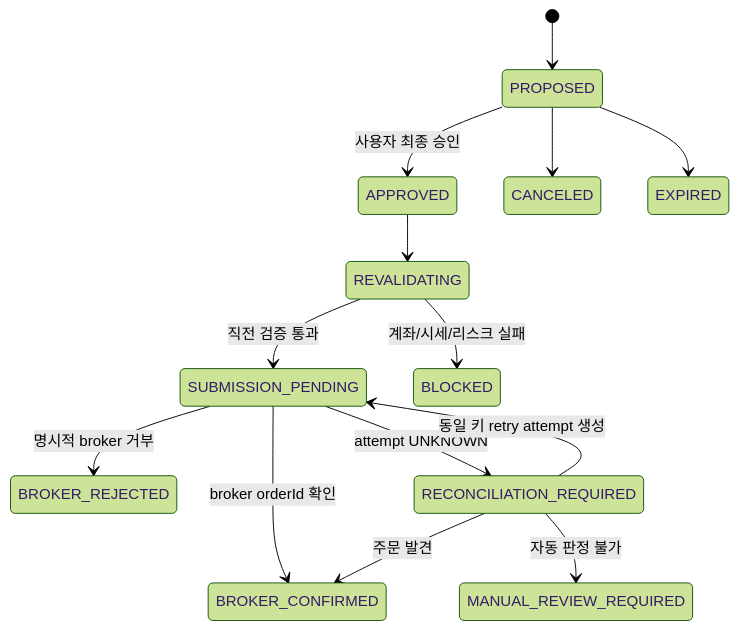
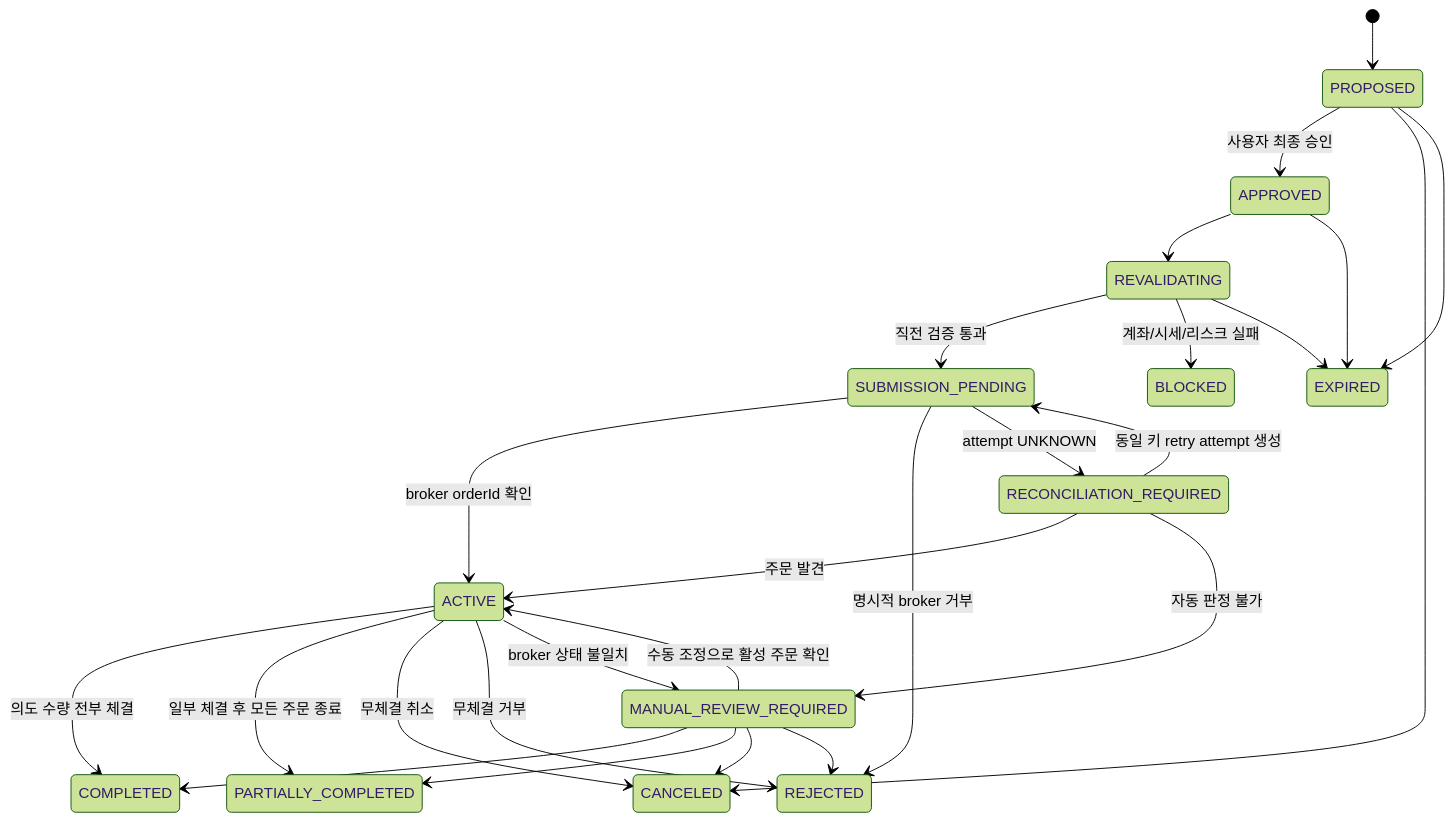
The second of 4 diagrams in docs/superpowers/specs/2026-07-26-us-equity-trading-platform-design.md (jmj732/Toss_Trade_System), drawn with Mermaid (forest theme) before and after one commit. The commit also changed other lines of this file, not shown here.

Commit message:
docs: refine broker order ledger constraints

````diff
--- a/docs/superpowers/specs/2026-07-26-us-equity-trading-platform-design.md
+++ b/docs/superpowers/specs/2026-07-26-us-equity-trading-platform-design.md
@@ -772,16 +776,28 @@
 ```mermaid
 stateDiagram-v2
     [*] --> PROPOSED
     PROPOSED --> APPROVED: 사용자 최종 승인
     PROPOSED --> CANCELED
     PROPOSED --> EXPIRED
     APPROVED --> REVALIDATING
+    APPROVED --> EXPIRED
     REVALIDATING --> SUBMISSION_PENDING: 직전 검증 통과
     REVALIDATING --> BLOCKED: 계좌/시세/리스크 실패
-    SUBMISSION_PENDING --> BROKER_CONFIRMED: broker orderId 확인
-    SUBMISSION_PENDING --> BROKER_REJECTED: 명시적 broker 거부
+    REVALIDATING --> EXPIRED
+    SUBMISSION_PENDING --> ACTIVE: broker orderId 확인
+    SUBMISSION_PENDING --> REJECTED: 명시적 broker 거부
     SUBMISSION_PENDING --> RECONCILIATION_REQUIRED: attempt UNKNOWN
-    RECONCILIATION_REQUIRED --> BROKER_CONFIRMED: 주문 발견
+    RECONCILIATION_REQUIRED --> ACTIVE: 주문 발견
     RECONCILIATION_REQUIRED --> SUBMISSION_PENDING: 동일 키 retry attempt 생성
     RECONCILIATION_REQUIRED --> MANUAL_REVIEW_REQUIRED: 자동 판정 불가
+    ACTIVE --> COMPLETED: 의도 수량 전부 체결
+    ACTIVE --> PARTIALLY_COMPLETED: 일부 체결 후 모든 주문 종료
+    ACTIVE --> CANCELED: 무체결 취소
+    ACTIVE --> REJECTED: 무체결 거부
+    ACTIVE --> MANUAL_REVIEW_REQUIRED: broker 상태 불일치
+    MANUAL_REVIEW_REQUIRED --> ACTIVE: 수동 조정으로 활성 주문 확인
+    MANUAL_REVIEW_REQUIRED --> COMPLETED
+    MANUAL_REVIEW_REQUIRED --> PARTIALLY_COMPLETED
+    MANUAL_REVIEW_REQUIRED --> CANCELED
+    MANUAL_REVIEW_REQUIRED --> REJECTED
 ```
````
